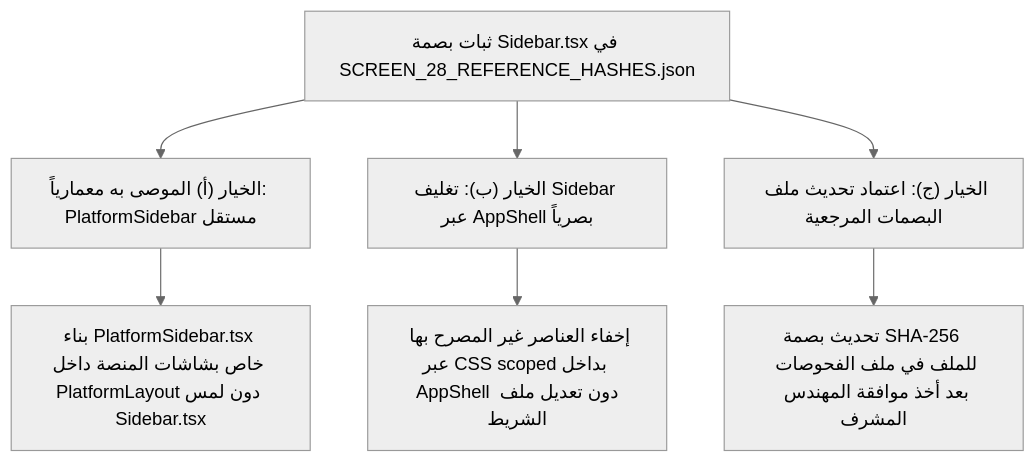
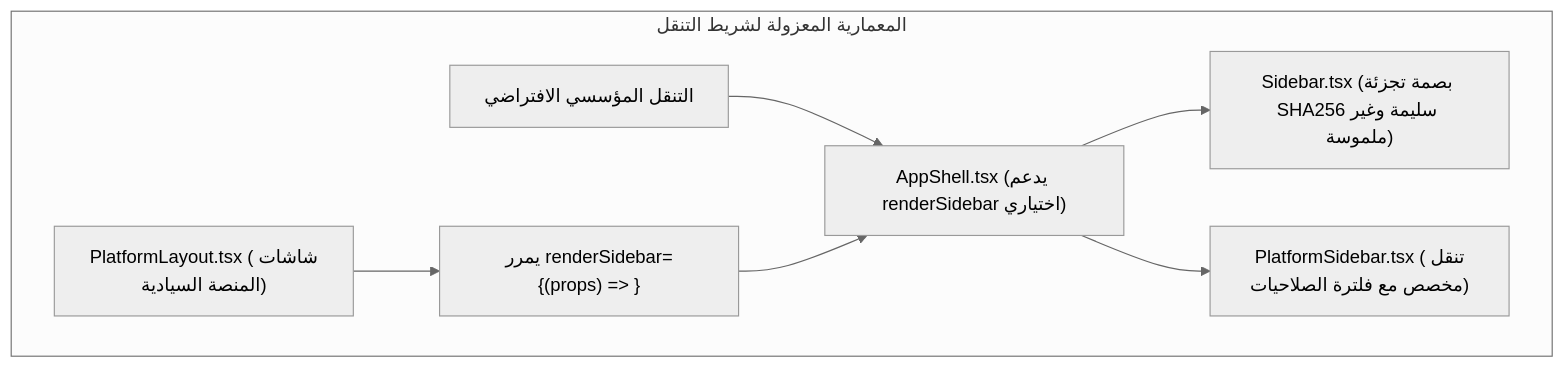
One commit to GP-Project-ust/Bayan changed the diagram in frontend/docs/RBAC_FRONTEND_AUDIT_REPORT.md. Above: the diagram before and after it, drawn with Mermaid (neutral theme). The commit also changed other lines of this file and 2 other files, not shown here.

````diff
--- a/frontend/docs/RBAC_FRONTEND_AUDIT_REPORT.md
+++ b/frontend/docs/RBAC_FRONTEND_AUDIT_REPORT.md
@@ -104,10 +91,12 @@
 ```mermaid
 flowchart TD
-    Issue["ثبات بصمة Sidebar.tsx في SCREEN_28_REFERENCE_HASHES.json"] --> OptA["الخيار (أ) الموصى به معمارياً: PlatformSidebar مستقل"]
-    Issue --> OptB["الخيار (ب): تغليف Sidebar عبر AppShell بصرياً"]
-    Issue --> OptC["الخيار (ج): اعتماد تحديث ملف البصمات المرجعية"]
-    
-    OptA --> ResA["بناء PlatformSidebar.tsx خاص بشاشات المنصة داخل PlatformLayout دون لمس Sidebar.tsx"]
-    OptB --> ResB["إخفاء العناصر غير المصرح بها عبر CSS scoped بداخل AppShell دون تعديل ملف الشريط"]
-    OptC --> ResC["تحديث بصمة SHA-256 للملف في ملف الفحوصات بعد أخذ موافقة المهندس المشرف"]
+    subgraph Architecture ["المعمارية المعزولة لشريط التنقل"]
+        Shell["AppShell.tsx (يدعم renderSidebar اختياري)"]
+        OrgLayout["التنقل المؤسسي الافتراضي"] --> Shell
+        Shell --> StandardSidebar["Sidebar.tsx (بصمة تجزئة SHA256 سليمة وغير ملموسة)"]
+        
+        PlatformLayout["PlatformLayout.tsx (شاشات المنصة السيادية)"] --> CustomSidebarProp["يمرر renderSidebar={(props) => <PlatformSidebar ... />}"]
+        CustomSidebarProp --> Shell
+        Shell --> PlatformSidebar["PlatformSidebar.tsx (تنقل مخصص مع فلترة الصلاحيات)"]
+    end
 ```
````
